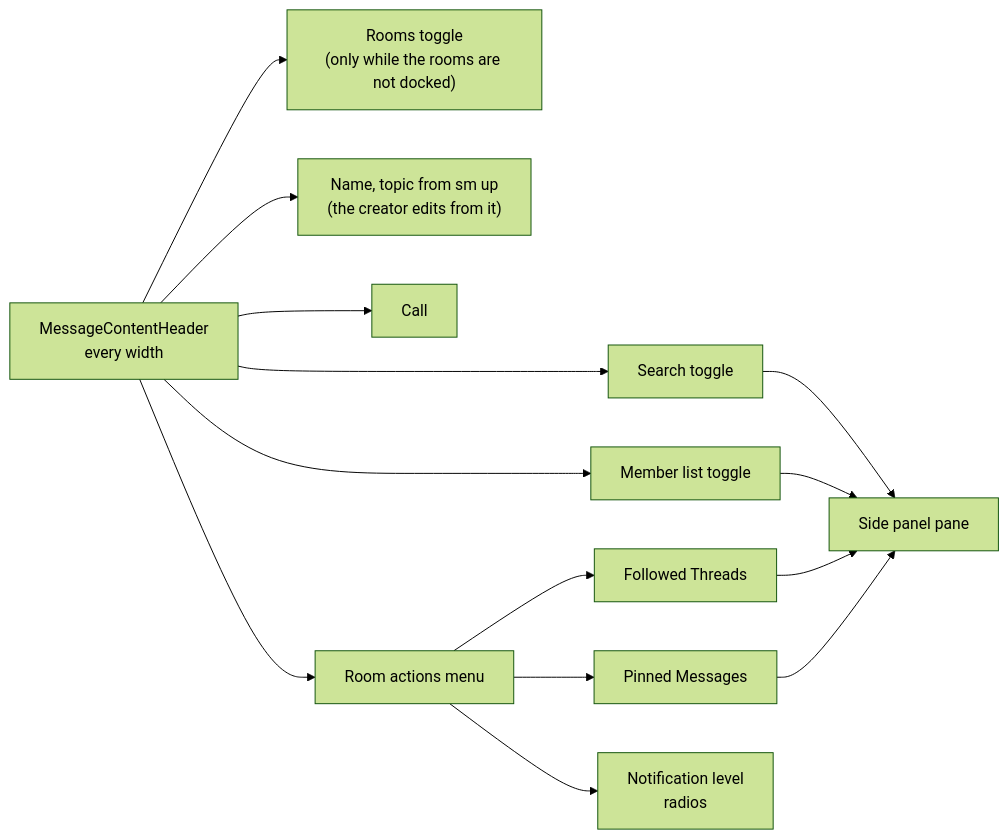
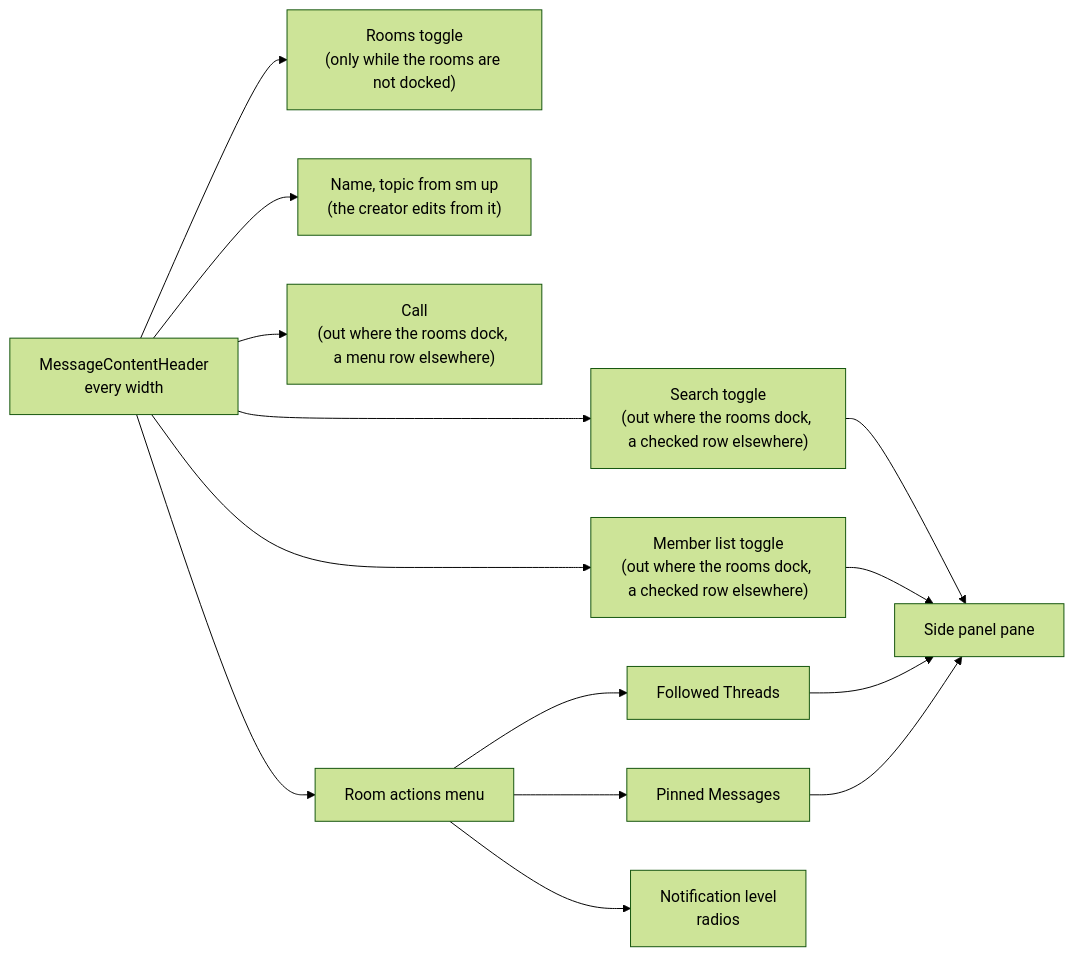
Before and after one commit to Esposter/Esposter: the second of 2 diagrams in openspec/specs/esbabbler/room-ui/design.md, drawn with Mermaid (forest theme). The commit also changed other lines of this file and 5 other files, not shown here.

First line of the commit message:
feat(esbabbler): a phone's room header folds its call and toggles into the overflow menu

````diff
--- a/openspec/specs/esbabbler/room-ui/design.md
+++ b/openspec/specs/esbabbler/room-ui/design.md
@@ -58,13 +58,13 @@
 ```mermaid
 flowchart LR
   header["MessageContentHeader<br/>every width"]
   header --> rooms["Rooms toggle<br/>(only while the rooms are not docked)"]
   header --> name["Name, topic from sm up<br/>(the creator edits from it)"]
-  header --> call["Call"]
-  header --> search["Search toggle"] --> panel["Side panel pane"]
-  header --> members["Member list toggle"] --> panel
+  header --> call["Call<br/>(out where the rooms dock, a menu row elsewhere)"]
+  header --> search["Search toggle<br/>(out where the rooms dock, a checked row elsewhere)"] --> panel["Side panel pane"]
+  header --> members["Member list toggle<br/>(out where the rooms dock, a checked row elsewhere)"] --> panel
   header --> overflow["Room actions menu"]
   overflow --> threads["Followed Threads"] --> panel
   overflow --> pinned["Pinned Messages"] --> panel
   overflow --> level["Notification level<br/>radios"]
 ```
````
